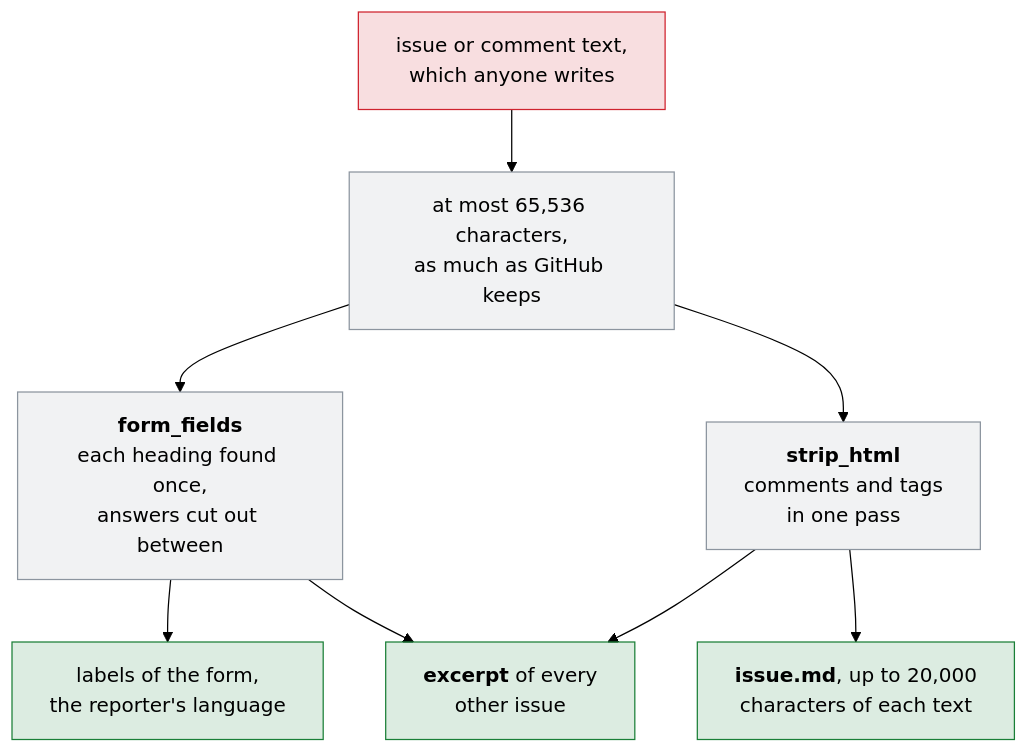
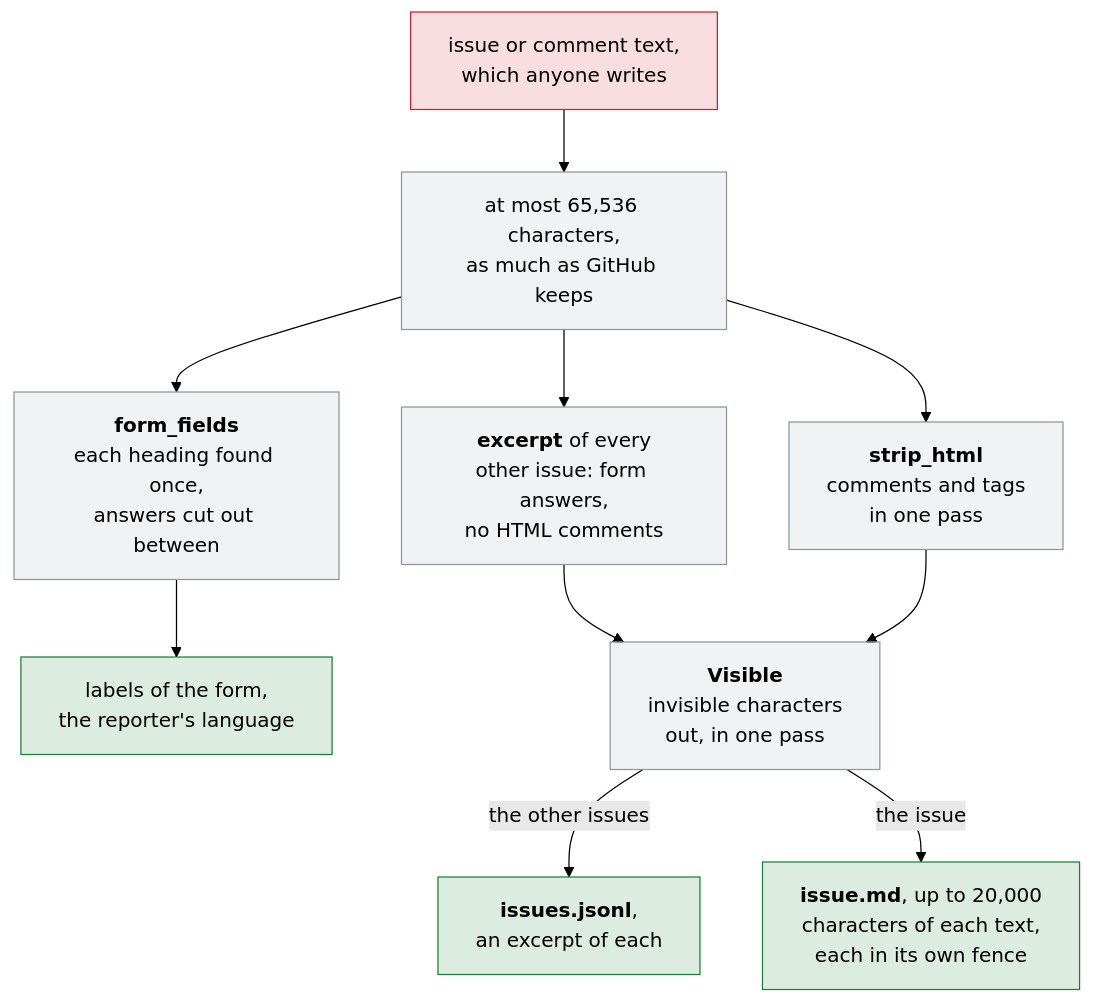
Before and after one commit to Dennis-Otto/issue-assistant: the eighth of 8 diagrams in docs/architecture.md, drawn with Mermaid (forest theme). The commit also changed other lines of this file and 13 other files, not shown here.

First line of the commit message:
fix(security): keep issue text from forging the context, hiding instructions or closing others' issues (#73)

````diff
--- a/docs/architecture.md
+++ b/docs/architecture.md
@@ -243,18 +243,20 @@
 ```mermaid
 flowchart TB
   accTitle: How the assistant reads the text of an issue
-  accDescr: The text of an issue or a comment, which anyone can write, is read up to GitHub's 65,536 characters. The answers of a form are cut out between their headings, which are found once; HTML comments and tags go in one pass. From that come the labels of the form and the reporter's language, an excerpt of each other issue, and issue.md with up to 20,000 characters of each text.
+  accDescr: The text of an issue or a comment, which anyone can write, is read up to GitHub's 65,536 characters. The answers of a form are cut out between their headings, which are found once; from them come the labels of the form and the reporter's language. For the AI, the answers of a form and HTML comments make an excerpt of each other issue, and HTML comments and tags go in one pass for issue.md. Then the characters that GitHub shows as nothing go, in one pass, after the HTML, so that none can end an HTML comment that GitHub never ends. The excerpts go into issues.jsonl, and issue.md holds up to 20,000 characters of each text in a code fence that the text can't close.
   text["issue or comment text,<br/>which anyone writes"] --> cap["at most 65,536 characters,<br/>as much as GitHub keeps"]
   cap --> forms["<b>form_fields</b><br/>each heading found once,<br/>answers cut out between"]
+  forms --> event["labels of the form,<br/>the reporter's language"]
+  cap --> excerpt["<b>excerpt</b> of every<br/>other issue: form answers,<br/>no HTML comments"]
   cap --> html["<b>strip_html</b><br/>comments and tags<br/>in one pass"]
-  forms --> event["labels of the form,<br/>the reporter's language"]
-  forms --> excerpt["<b>excerpt</b> of every<br/>other issue"]
-  html --> excerpt
-  html --> issue["<b>issue.md</b>, up to 20,000<br/>characters of each text"]
+  excerpt --> visible["<b>Visible</b><br/>invisible characters<br/>out, in one pass"]
+  html --> visible
+  visible -- "the other issues" --> jsonl["<b>issues.jsonl</b>,<br/>an excerpt of each"]
+  visible -- "the issue" --> issue["<b>issue.md</b>, up to 20,000<br/>characters of each text,<br/>each in its own fence"]
   classDef untrusted fill:#cf222e26,stroke:#cf222e
   classDef job fill:#8c959f1f,stroke:#8c959f
   classDef safe fill:#1a7f3726,stroke:#1a7f37
   class text untrusted
-  class cap,forms,html job
-  class event,excerpt,issue safe
+  class cap,forms,excerpt,html,visible job
+  class event,jsonl,issue safe
 ```
````
